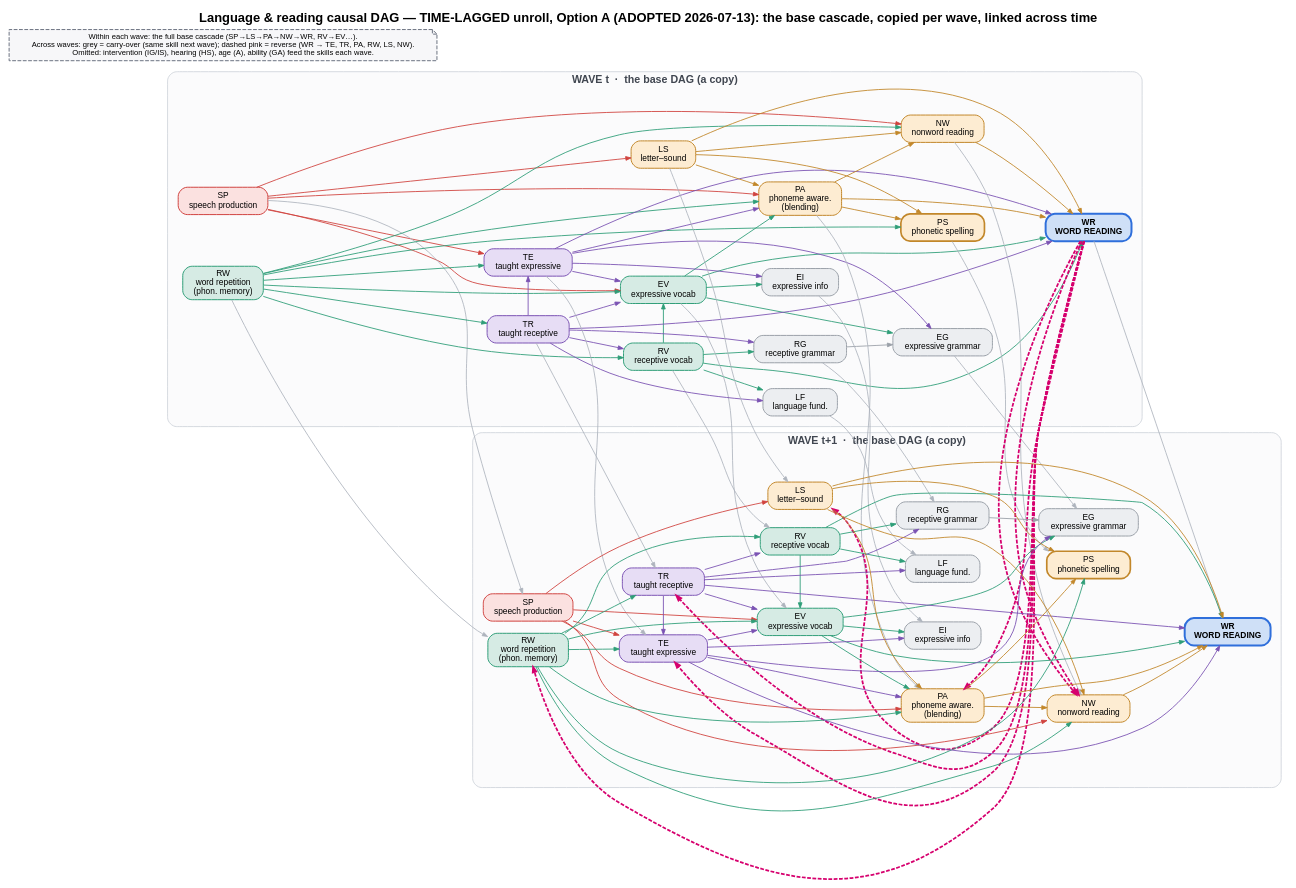
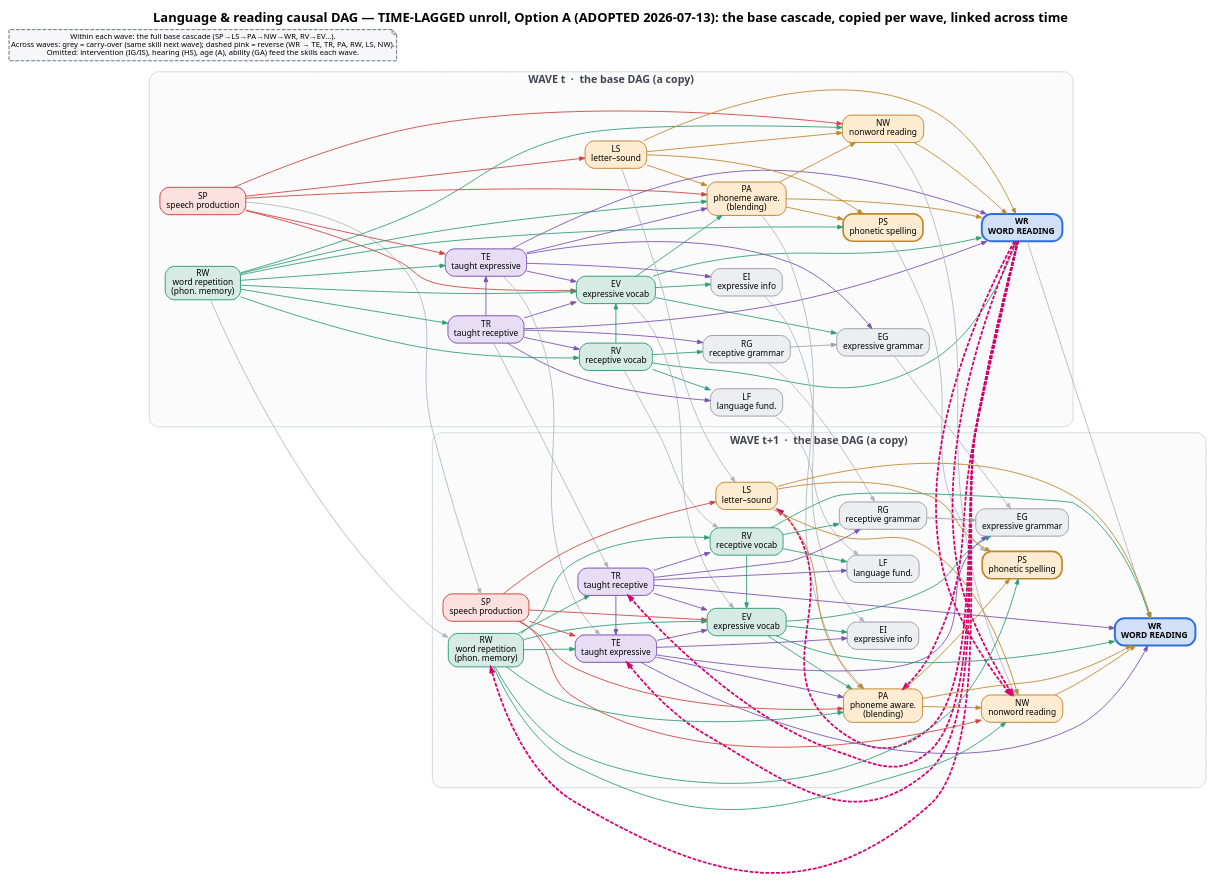
One commit to dseinternational/language-reading-predictors changed the diagram in dag/dag-language-reading-lagged-per-wave.dot. Above: the diagram before and after it, drawn with Graphviz. The commit also changed 405 other files, not shown here.

Commit message:
feat(reports): upgrade research utils to 0.16.0 and use Noto Sans and Noto Sans Math throughout (#694)

```diff
--- a/dag/dag-language-reading-lagged-per-wave.dot
+++ b/dag/dag-language-reading-lagged-per-wave.dot
@@ -1,160 +1,160 @@
 digraph COPYPASTE {
   rankdir=LR; compound=true; bgcolor="white"; splines=true;
-  labelloc="t"; fontname="Helvetica-Bold"; fontsize=17;
-  label="Language & reading causal DAG — TIME-LAGGED unroll, Option A (ADOPTED 2026-07-13): the base cascade, copied per wave, linked across time";
+  labelloc="t"; fontname="Noto Sans,sans-serif"; fontsize=17;
+  label=<<B>Language &amp; reading causal DAG — TIME-LAGGED unroll, Option A (ADOPTED 2026-07-13): the base cascade, copied per wave, linked across time</B>>;
   nodesep=0.22; ranksep=0.85;
-  node [shape=box, style="rounded,filled", fontname="Helvetica", fontsize=11, margin="0.11,0.06", penwidth=1.3, color="#9aa0a8", fillcolor="#eceef1"];
+  node [shape=box, style="rounded,filled", fontname="Noto Sans,sans-serif", fontsize=11, margin="0.11,0.06", penwidth=1.3, color="#9aa0a8", fillcolor="#eceef1"];
   edge [arrowsize=0.7, penwidth=1.15];
   subgraph cluster_1 {
-    label="WAVE t  ·  the base DAG (a copy)"; labelloc="t"; fontname="Helvetica-Bold"; fontsize=14; fontcolor="#404650";
+    label=<<B>WAVE t  ·  the base DAG (a copy)</B>>; labelloc="t"; fontname="Noto Sans,sans-serif"; fontsize=14; fontcolor="#404650";
     style="rounded,filled"; color="#c9ced6"; fillcolor="#fbfbfc"; margin=14;
     "SP_1" [label="SP\nspeech production", fillcolor="#fbe1e0", color="#d0433f"];
     "RW_1" [label="RW\nword repetition\n(phon. memory)", fillcolor="#d6ebe4", color="#2f9e78"];
     "RV_1" [label="RV\nreceptive vocab", fillcolor="#d6ebe4", color="#2f9e78"];
     "EV_1" [label="EV\nexpressive vocab", fillcolor="#d6ebe4", color="#2f9e78"];
     "LF_1" [label="LF\nlanguage fund.", fillcolor="#eceef1", color="#9aa0a8"];
     "RG_1" [label="RG\nreceptive grammar", fillcolor="#eceef1", color="#9aa0a8"];
     "EI_1" [label="EI\nexpressive info", fillcolor="#eceef1", color="#9aa0a8"];
     "EG_1" [label="EG\nexpressive grammar", fillcolor="#eceef1", color="#9aa0a8"];
     "TR_1" [label="TR\ntaught receptive", fillcolor="#e7ddf5", color="#7a52b3"];
     "TE_1" [label="TE\ntaught expressive", fillcolor="#e7ddf5", color="#7a52b3"];
     "LS_1" [label="LS\nletter–sound", fillcolor="#fdecd2", color="#c2872a"];
     "PA_1" [label="PA\nphoneme aware.\n(blending)", fillcolor="#fdecd2", color="#c2872a"];
     "NW_1" [label="NW\nnonword reading", fillcolor="#fdecd2", color="#c2872a"];
     "PS_1" [label="PS\nphonetic spelling", fillcolor="#fdecd2", color="#c2872a", penwidth=2.2];
-    "WR_1" [label="WR\nWORD READING", fillcolor="#cfe0f7", color="#2f6fdb", penwidth=2.6, fontname="Helvetica-Bold"];
+    "WR_1" [label=<<TABLE BORDER="0" CELLSPACING="0" CELLPADDING="0"><TR><TD><B>WR</B></TD></TR><TR><TD><B>WORD READING</B></TD></TR></TABLE>>, fillcolor="#cfe0f7", color="#2f6fdb", penwidth=2.6];
     "TR_1" -> "TE_1" [color="#7a52b3", penwidth=1.15];
     "TR_1" -> "RV_1" [color="#7a52b3", penwidth=1.15];
     "TR_1" -> "EV_1" [color="#7a52b3", penwidth=1.15];
     "TR_1" -> "LF_1" [color="#7a52b3", penwidth=1.15];
     "TR_1" -> "RG_1" [color="#7a52b3", penwidth=1.15];
     "TR_1" -> "WR_1" [color="#7a52b3", penwidth=1.15];
     "TE_1" -> "EV_1" [color="#7a52b3", penwidth=1.15];
     "TE_1" -> "EG_1" [color="#7a52b3", penwidth=1.15];
     "TE_1" -> "EI_1" [color="#7a52b3", penwidth=1.15];
     "TE_1" -> "PA_1" [color="#7a52b3", penwidth=1.15];
     "TE_1" -> "WR_1" [color="#7a52b3", penwidth=1.15];
     "RW_1" -> "TE_1" [color="#2f9e78", penwidth=1.15];
     "RW_1" -> "EV_1" [color="#2f9e78", penwidth=1.15];
     "RW_1" -> "TR_1" [color="#2f9e78", penwidth=1.15];
     "RW_1" -> "RV_1" [color="#2f9e78", penwidth=1.15];
     "RW_1" -> "PA_1" [color="#2f9e78", penwidth=1.15];
     "RW_1" -> "NW_1" [color="#2f9e78", penwidth=1.15];
     "RW_1" -> "PS_1" [color="#2f9e78", penwidth=1.15];
     "RV_1" -> "EV_1" [color="#2f9e78", penwidth=1.15];
     "RV_1" -> "LF_1" [color="#2f9e78", penwidth=1.15];
     "RV_1" -> "RG_1" [color="#2f9e78", penwidth=1.15];
     "RV_1" -> "WR_1" [color="#2f9e78", penwidth=1.15];
     "EV_1" -> "EG_1" [color="#2f9e78", penwidth=1.15];
     "EV_1" -> "EI_1" [color="#2f9e78", penwidth=1.15];
     "EV_1" -> "PA_1" [color="#2f9e78", penwidth=1.15];
     "EV_1" -> "WR_1" [color="#2f9e78", penwidth=1.15];
     "SP_1" -> "TE_1" [color="#d0433f", penwidth=1.15];
     "SP_1" -> "EV_1" [color="#d0433f", penwidth=1.15];
     "SP_1" -> "LS_1" [color="#d0433f", penwidth=1.15];
     "SP_1" -> "PA_1" [color="#d0433f", penwidth=1.15];
     "SP_1" -> "NW_1" [color="#d0433f", penwidth=1.15];
     "LS_1" -> "NW_1" [color="#c2872a", penwidth=1.15];
     "LS_1" -> "PA_1" [color="#c2872a", penwidth=1.15];
     "LS_1" -> "PS_1" [color="#c2872a", penwidth=1.15];
     "LS_1" -> "WR_1" [color="#c2872a", penwidth=1.15];
     "NW_1" -> "WR_1" [color="#c2872a", penwidth=1.15];
     "PA_1" -> "NW_1" [color="#c2872a", penwidth=1.15];
     "PA_1" -> "WR_1" [color="#c2872a", penwidth=1.15];
     "PA_1" -> "PS_1" [color="#c2872a", penwidth=1.15];
     "RG_1" -> "EG_1" [color="#9aa0a8", penwidth=1.15];
     {rank=same; "SP_1"; "RW_1";}
     {rank=same; "TR_1"; "TE_1";}
     {rank=same; "RV_1"; "EV_1";}
     {rank=same; "NW_1"; "PS_1";}
   }
   subgraph cluster_2 {
-    label="WAVE t+1  ·  the base DAG (a copy)"; labelloc="t"; fontname="Helvetica-Bold"; fontsize=14; fontcolor="#404650";
+    label=<<B>WAVE t+1  ·  the base DAG (a copy)</B>>; labelloc="t"; fontname="Noto Sans,sans-serif"; fontsize=14; fontcolor="#404650";
     style="rounded,filled"; color="#c9ced6"; fillcolor="#fbfbfc"; margin=14;
     "SP_2" [label="SP\nspeech production", fillcolor="#fbe1e0", color="#d0433f"];
     "RW_2" [label="RW\nword repetition\n(phon. memory)", fillcolor="#d6ebe4", color="#2f9e78"];
     "RV_2" [label="RV\nreceptive vocab", fillcolor="#d6ebe4", color="#2f9e78"];
     "EV_2" [label="EV\nexpressive vocab", fillcolor="#d6ebe4", color="#2f9e78"];
     "LF_2" [label="LF\nlanguage fund.", fillcolor="#eceef1", color="#9aa0a8"];
     "RG_2" [label="RG\nreceptive grammar", fillcolor="#eceef1", color="#9aa0a8"];
     "EI_2" [label="EI\nexpressive info", fillcolor="#eceef1", color="#9aa0a8"];
     "EG_2" [label="EG\nexpressive grammar", fillcolor="#eceef1", color="#9aa0a8"];
     "TR_2" [label="TR\ntaught receptive", fillcolor="#e7ddf5", color="#7a52b3"];
     "TE_2" [label="TE\ntaught expressive", fillcolor="#e7ddf5", color="#7a52b3"];
     "LS_2" [label="LS\nletter–sound", fillcolor="#fdecd2", color="#c2872a"];
     "PA_2" [label="PA\nphoneme aware.\n(blending)", fillcolor="#fdecd2", color="#c2872a"];
     "NW_2" [label="NW\nnonword reading", fillcolor="#fdecd2", color="#c2872a"];
     "PS_2" [label="PS\nphonetic spelling", fillcolor="#fdecd2", color="#c2872a", penwidth=2.2];
-    "WR_2" [label="WR\nWORD READING", fillcolor="#cfe0f7", color="#2f6fdb", penwidth=2.6, fontname="Helvetica-Bold"];
+    "WR_2" [label=<<TABLE BORDER="0" CELLSPACING="0" CELLPADDING="0"><TR><TD><B>WR</B></TD></TR><TR><TD><B>WORD READING</B></TD></TR></TABLE>>, fillcolor="#cfe0f7", color="#2f6fdb", penwidth=2.6];
     "TR_2" -> "TE_2" [color="#7a52b3", penwidth=1.15];
     "TR_2" -> "RV_2" [color="#7a52b3", penwidth=1.15];
     "TR_2" -> "EV_2" [color="#7a52b3", penwidth=1.15];
     "TR_2" -> "LF_2" [color="#7a52b3", penwidth=1.15];
     "TR_2" -> "RG_2" [color="#7a52b3", penwidth=1.15];
     "TR_2" -> "WR_2" [color="#7a52b3", penwidth=1.15];
     "TE_2" -> "EV_2" [color="#7a52b3", penwidth=1.15];
     "TE_2" -> "EG_2" [color="#7a52b3", penwidth=1.15];
     "TE_2" -> "EI_2" [color="#7a52b3", penwidth=1.15];
     "TE_2" -> "PA_2" [color="#7a52b3", penwidth=1.15];
     "TE_2" -> "WR_2" [color="#7a52b3", penwidth=1.15];
     "RW_2" -> "TE_2" [color="#2f9e78", penwidth=1.15];
     "RW_2" -> "EV_2" [color="#2f9e78", penwidth=1.15];
     "RW_2" -> "TR_2" [color="#2f9e78", penwidth=1.15];
     "RW_2" -> "RV_2" [color="#2f9e78", penwidth=1.15];
     "RW_2" -> "PA_2" [color="#2f9e78", penwidth=1.15];
     "RW_2" -> "NW_2" [color="#2f9e78", penwidth=1.15];
     "RW_2" -> "PS_2" [color="#2f9e78", penwidth=1.15];
     "RV_2" -> "EV_2" [color="#2f9e78", penwidth=1.15];
     "RV_2" -> "LF_2" [color="#2f9e78", penwidth=1.15];
     "RV_2" -> "RG_2" [color="#2f9e78", penwidth=1.15];
     "RV_2" -> "WR_2" [color="#2f9e78", penwidth=1.15];
     "EV_2" -> "EG_2" [color="#2f9e78", penwidth=1.15];
     "EV_2" -> "EI_2" [color="#2f9e78", penwidth=1.15];
     "EV_2" -> "PA_2" [color="#2f9e78", penwidth=1.15];
     "EV_2" -> "WR_2" [color="#2f9e78", penwidth=1.15];
     "SP_2" -> "TE_2" [color="#d0433f", penwidth=1.15];
     "SP_2" -> "EV_2" [color="#d0433f", penwidth=1.15];
     "SP_2" -> "LS_2" [color="#d0433f", penwidth=1.15];
     "SP_2" -> "PA_2" [color="#d0433f", penwidth=1.15];
     "SP_2" -> "NW_2" [color="#d0433f", penwidth=1.15];
     "LS_2" -> "NW_2" [color="#c2872a", penwidth=1.15];
     "LS_2" -> "PA_2" [color="#c2872a", penwidth=1.15];
     "LS_2" -> "PS_2" [color="#c2872a", penwidth=1.15];
     "LS_2" -> "WR_2" [color="#c2872a", penwidth=1.15];
     "NW_2" -> "WR_2" [color="#c2872a", penwidth=1.15];
     "PA_2" -> "NW_2" [color="#c2872a", penwidth=1.15];
     "PA_2" -> "WR_2" [color="#c2872a", penwidth=1.15];
     "PA_2" -> "PS_2" [color="#c2872a", penwidth=1.15];
     "RG_2" -> "EG_2" [color="#9aa0a8", penwidth=1.15];
     {rank=same; "SP_2"; "RW_2";}
     {rank=same; "TR_2"; "TE_2";}
     {rank=same; "RV_2"; "EV_2";}
     {rank=same; "NW_2"; "PS_2";}
   }
   // carry-over (autoregressive)
   "SP_1" -> "SP_2" [color="#aeb4bd", penwidth=1.1];
   "RW_1" -> "RW_2" [color="#aeb4bd", penwidth=1.1];
   "RV_1" -> "RV_2" [color="#aeb4bd", penwidth=1.1];
   "EV_1" -> "EV_2" [color="#aeb4bd", penwidth=1.1];
   "LF_1" -> "LF_2" [color="#aeb4bd", penwidth=1.1];
   "RG_1" -> "RG_2" [color="#aeb4bd", penwidth=1.1];
   "EI_1" -> "EI_2" [color="#aeb4bd", penwidth=1.1];
   "EG_1" -> "EG_2" [color="#aeb4bd", penwidth=1.1];
   "TR_1" -> "TR_2" [color="#aeb4bd", penwidth=1.1];
   "TE_1" -> "TE_2" [color="#aeb4bd", penwidth=1.1];
   "LS_1" -> "LS_2" [color="#aeb4bd", penwidth=1.1];
   "PA_1" -> "PA_2" [color="#aeb4bd", penwidth=1.1];
   "NW_1" -> "NW_2" [color="#aeb4bd", penwidth=1.1];
   "PS_1" -> "PS_2" [color="#aeb4bd", penwidth=1.1];
   "WR_1" -> "WR_2" [color="#aeb4bd", penwidth=1.1];
   // reverse / reciprocal (NEW — the review target)
   "WR_1" -> "TE_2" [color="#d6006e", style=dashed, penwidth=2.3, constraint=false];
   "WR_1" -> "TR_2" [color="#d6006e", style=dashed, penwidth=2.3, constraint=false];
   "WR_1" -> "PA_2" [color="#d6006e", style=dashed, penwidth=2.3, constraint=false];
   "WR_1" -> "RW_2" [color="#d6006e", style=dashed, penwidth=2.3, constraint=false];
   "WR_1" -> "LS_2" [color="#d6006e", style=dashed, penwidth=2.3, constraint=false];  // added 2026-07-17: reading -> letter sounds (WR->LS direction test, LRP176/276)
   "WR_1" -> "NW_2" [color="#d6006e", style=dashed, penwidth=2.3, constraint=false];  // added 2026-08-08: word knowledge -> later nonword decoding (#428)
   NOTE [shape=note, fillcolor="#f7f7f9", color="#6b7280", fontsize=10, style="filled,dashed",
     label="Within each wave: the full base cascade (SP→LS→PA→NW→WR, RV→EV…).\nAcross waves: grey = carry-over (same skill next wave); dashed pink = reverse (WR → TE, TR, PA, RW, LS, NW).\nOmitted: intervention (IG/IS), hearing (HS), age (A), ability (GA) feed the skills each wave."];
   {rank=source; "NOTE";}
 }
```
